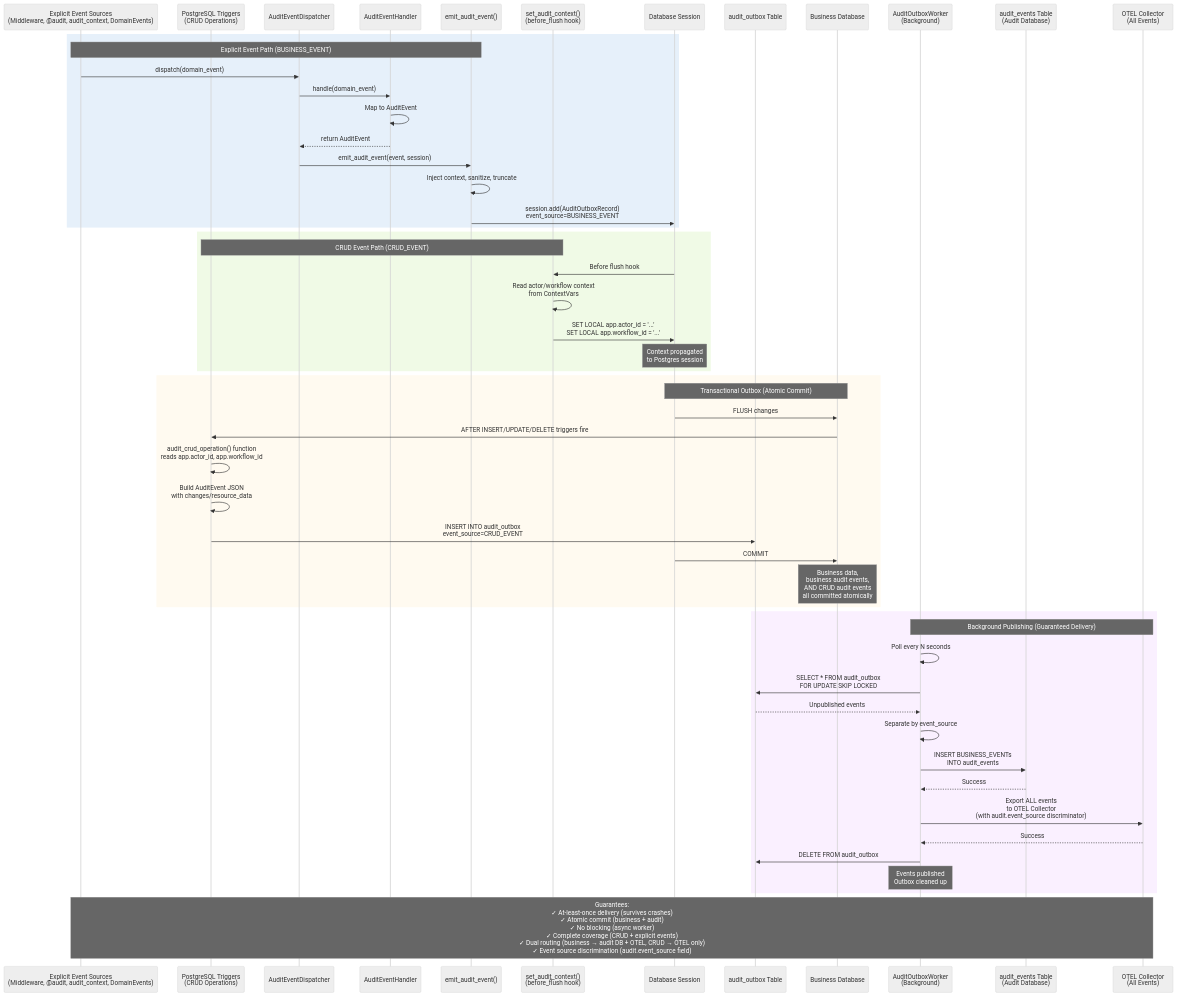
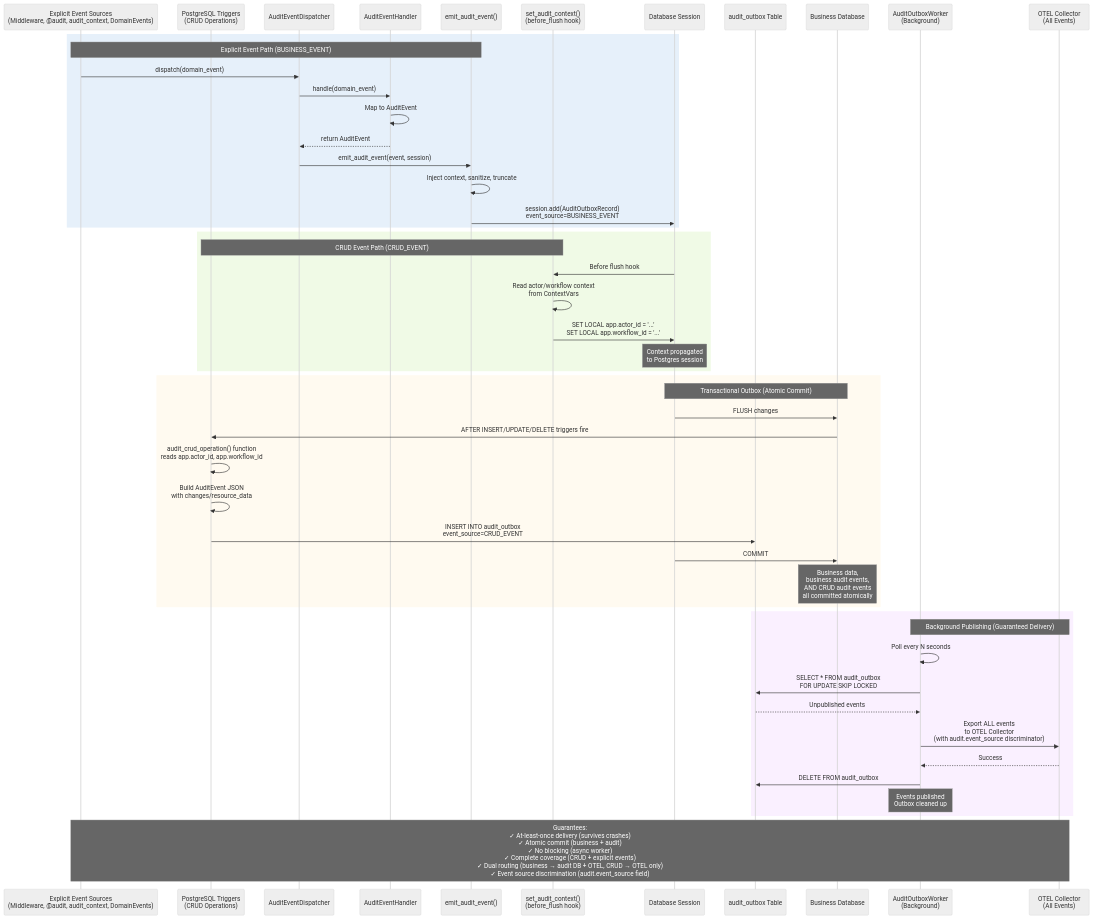
Before and after one commit to alinabuzachis/syntara: the fourth of 8 diagrams in backend/docs/audit.md, drawn with Mermaid (neutral theme). The commit also changed other lines of this file and 685 other files, not shown here.

````diff
--- a/backend/docs/audit.md
+++ b/backend/docs/audit.md
@@ -305,65 +257,59 @@
 ```mermaid
 sequenceDiagram
     participant Source1 as Explicit Event Sources<br/>(Middleware, @audit, audit_context, DomainEvents)
     participant Source2 as PostgreSQL Triggers<br/>(CRUD Operations)
     participant Dispatcher as AuditEventDispatcher
     participant Handler as AuditEventHandler
     participant Emitter as emit_audit_event()
     participant BeforeFlush as set_audit_context()<br/>(before_flush hook)
     participant Session as Database Session
     participant Outbox as audit_outbox Table
     participant BusinessDB as Business Database
     participant Worker as AuditOutboxWorker<br/>(Background)
-    participant AuditDB as audit_events Table<br/>(Audit Database)
     participant OTEL as OTEL Collector<br/>(All Events)
 
     rect rgb(230, 240, 250)
         Note over Source1,Emitter: Explicit Event Path (BUSINESS_EVENT)
         Source1->>Dispatcher: dispatch(domain_event)
         Dispatcher->>Handler: handle(domain_event)
         Handler->>Handler: Map to AuditEvent
         Handler-->>Dispatcher: return AuditEvent
         Dispatcher->>Emitter: emit_audit_event(event, session)
         Emitter->>Emitter: Inject context, sanitize, truncate
         Emitter->>Session: session.add(AuditOutboxRecord)<br/>event_source=BUSINESS_EVENT
     end
 
     rect rgb(240, 250, 230)
         Note over Source2,BeforeFlush: CRUD Event Path (CRUD_EVENT)
         Session->>BeforeFlush: Before flush hook
         BeforeFlush->>BeforeFlush: Read actor/workflow context<br/>from ContextVars
         BeforeFlush->>Session: SET LOCAL app.actor_id = '...'<br/>SET LOCAL app.workflow_id = '...'
         Note over Session: Context propagated<br/>to Postgres session
     end
 
     rect rgb(255, 250, 240)
         Note over Session,BusinessDB: Transactional Outbox (Atomic Commit)
         Session->>BusinessDB: FLUSH changes
         BusinessDB->>Source2: AFTER INSERT/UPDATE/DELETE triggers fire
         Source2->>Source2: audit_crud_operation() function<br/>reads app.actor_id, app.workflow_id
         Source2->>Source2: Build AuditEvent JSON<br/>with changes/resource_data
         Source2->>Outbox: INSERT INTO audit_outbox<br/>event_source=CRUD_EVENT
         Session->>BusinessDB: COMMIT
         Note over BusinessDB: Business data,<br/>business audit events,<br/>AND CRUD audit events<br/>all committed atomically
     end
 
     rect rgb(250, 240, 255)
         Note over Worker,OTEL: Background Publishing (Guaranteed Delivery)
         Worker->>Worker: Poll every N seconds
         Worker->>Outbox: SELECT * FROM audit_outbox<br/>FOR UPDATE SKIP LOCKED
         Outbox-->>Worker: Unpublished events
 
-        Worker->>Worker: Separate by event_source
-
-        Worker->>AuditDB: INSERT BUSINESS_EVENTs<br/>INTO audit_events
-        AuditDB-->>Worker: Success
-
         Worker->>OTEL: Export ALL events<br/>to OTEL Collector<br/>(with audit.event_source discriminator)
         OTEL-->>Worker: Success
 
         Worker->>Outbox: DELETE FROM audit_outbox
         Note over Worker: Events published<br/>Outbox cleaned up
     end
 
     Note over Source1,OTEL: Guarantees:<br/>✓ At-least-once delivery (survives crashes)<br/>✓ Atomic commit (business + audit)<br/>✓ No blocking (async worker)<br/>✓ Complete coverage (CRUD + explicit events)<br/>✓ Dual routing (business → audit DB + OTEL, CRUD → OTEL only)<br/>✓ Event source discrimination (audit.event_source field)
 ```
````
